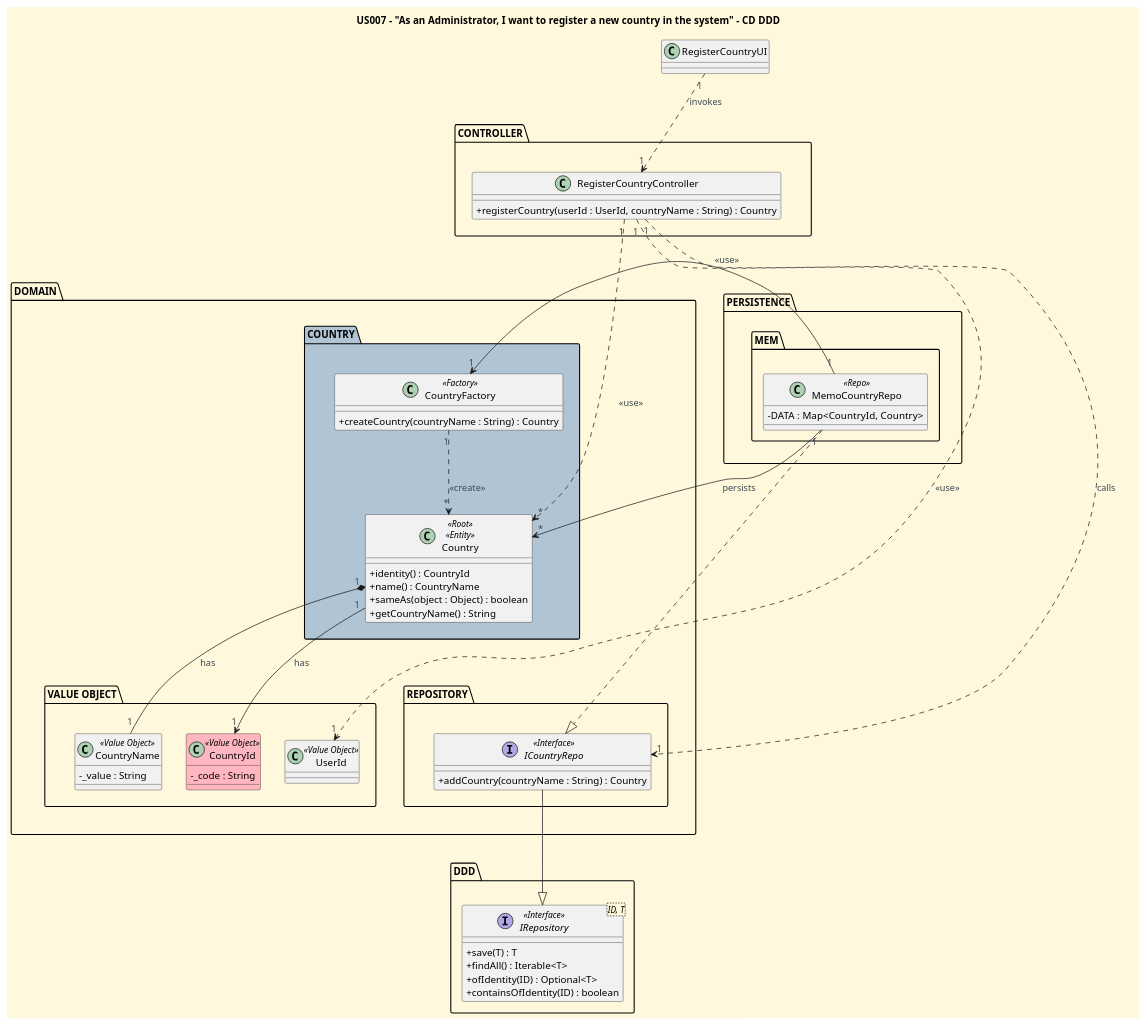
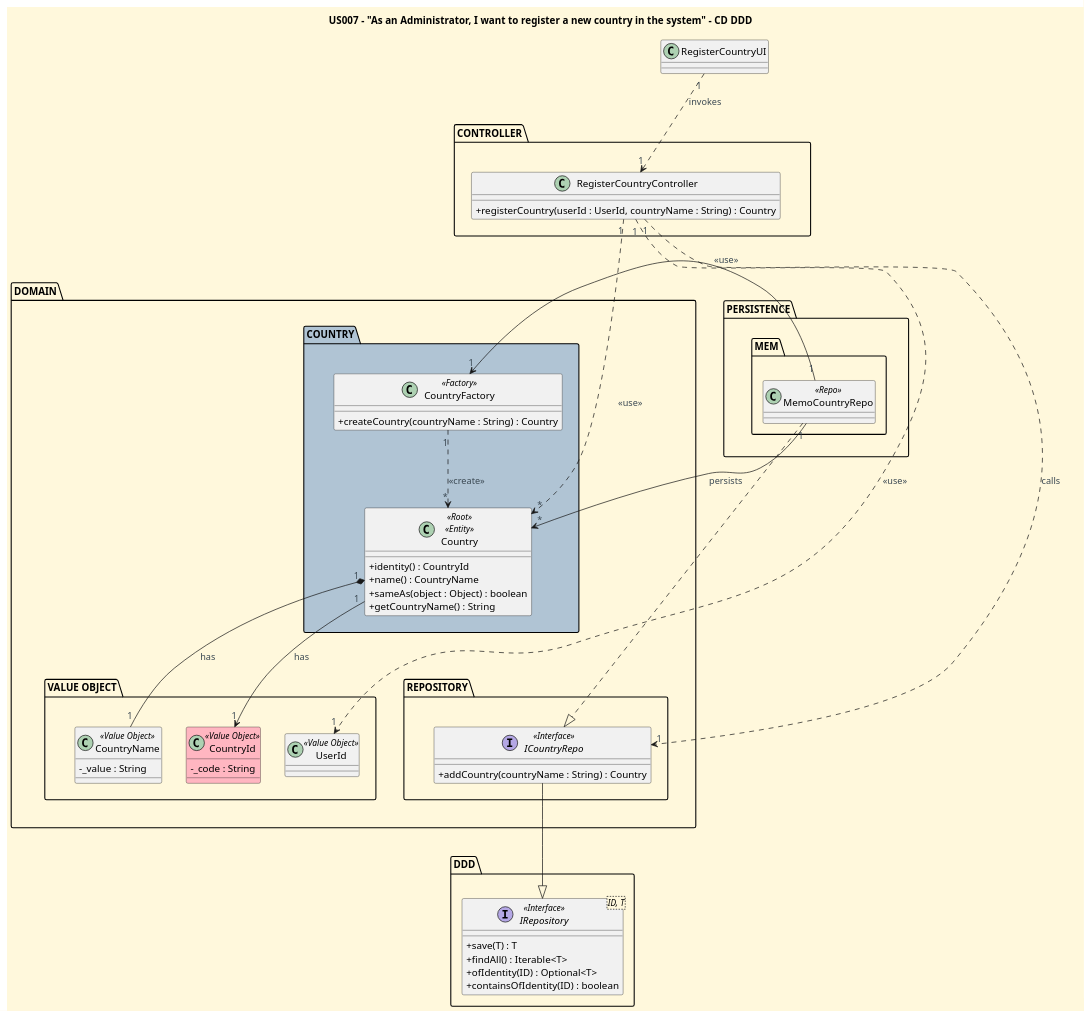
One commit to CarolinaLeite-collab/JavaMarketplacePlatform changed the diagram in docs/user-stories/US007/US007_register_a_country_CD_DDD.puml. Above: the diagram before and after it, drawn with PlantUML. The commit also changed 3 other files, not shown here.

```diff
--- a/docs/user-stories/US007/US007_register_a_country_CD_DDD.puml
+++ b/docs/user-stories/US007/US007_register_a_country_CD_DDD.puml
@@ -1,103 +1,102 @@
 @startuml
 'https://plantuml.com/class-diagram
 title US007 – "As an Administrator, I want to register a new country in the system" - CD DDD
 
 '==== basic style ====
 skinparam monochrome false
 skinparam shadowing false
 skinparam defaultFontName Futura
 skinparam objectFontSize 20
 skinparam backgroundColor CornSilk
 skinparam objectBackgroundColor WhiteSmoke
 skinparam noteBackgroundColor #FFFFE0
 skinparam ArrowFontColor #3B4953
 skinparam ActivationBackgroundColor black
 skinparam classAttributeIconSize 0
 
 ' Control the layout flow
 top to bottom direction
 
 class RegisterCountryUI {
 }
 
 package "CONTROLLER" {
     class RegisterCountryController {
       + registerCountry(userId : UserId, countryName : String) : Country
     }
 }
 
 package "DOMAIN" {
 
     package "COUNTRY" #b0c4d4 {
         class Country <<Root>> <<Entity>> {
           + identity() : CountryId
           + name() : CountryName
           + sameAs(object : Object) : boolean
           + getCountryName() : String
         }
 
         class CountryFactory <<Factory>> {
           + createCountry(countryName : String) : Country
         }
     }
 
     package "VALUE OBJECT" {
         class CountryId <<Value Object>> #lightpink {
             - _code : String
         }
         class CountryName <<Value Object>> {
             - _value : String
         }
         class UserId <<Value Object>> {
         }
     }
 
     package "REPOSITORY" {
         interface ICountryRepo <<Interface>> {
             + addCountry(countryName : String) : Country
         }
     }
 }
 
 package "PERSISTENCE" {
     package "MEM" {
         class MemoCountryRepo <<Repo>> {
-            - DATA : Map<CountryId, Country>
         }
     }
 }
 
 package "DDD" {
     interface IRepository<ID, T> <<Interface>> {
         + save(T) : T
         + findAll() : Iterable<T>
         + ofIdentity(ID) : Optional<T>
         + containsOfIdentity(ID) : boolean
     }
 }
 
 '==== Visual Layout Alignment (Hidden links to force grouping) ====
 RegisterCountryUI -[hidden]down- CONTROLLER
 CONTROLLER -[hidden]down- DOMAIN
 COUNTRY -[hidden]right- "VALUE OBJECT"
 "VALUE OBJECT" -[hidden]right- REPOSITORY
 DOMAIN -[hidden]down- PERSISTENCE
 
 '==== Connections ====
 RegisterCountryUI "1" .> "1" RegisterCountryController : invokes
 RegisterCountryController "1" ..> "1" ICountryRepo : calls
 RegisterCountryController "1" ..> "*" Country : <<use>>
 RegisterCountryController "1" ..> "1" UserId : <<use>>
 
 MemoCountryRepo ..|> ICountryRepo
 MemoCountryRepo "1" --> "1" CountryFactory : <<use>>
 MemoCountryRepo "1" --> "*" Country : persists
 
 CountryFactory "1" ..> "*" Country : <<create>>
 
 Country "1" --> "1" CountryId : has
 Country "1" *-- "1" CountryName : has
 
 ICountryRepo --|> IRepository
 
 @enduml
```
